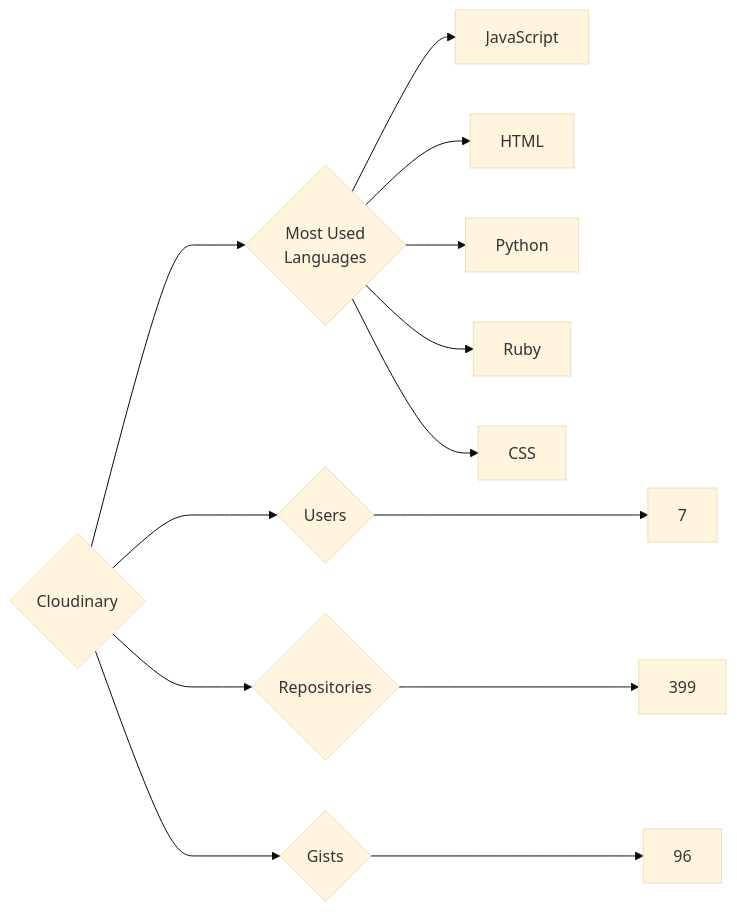
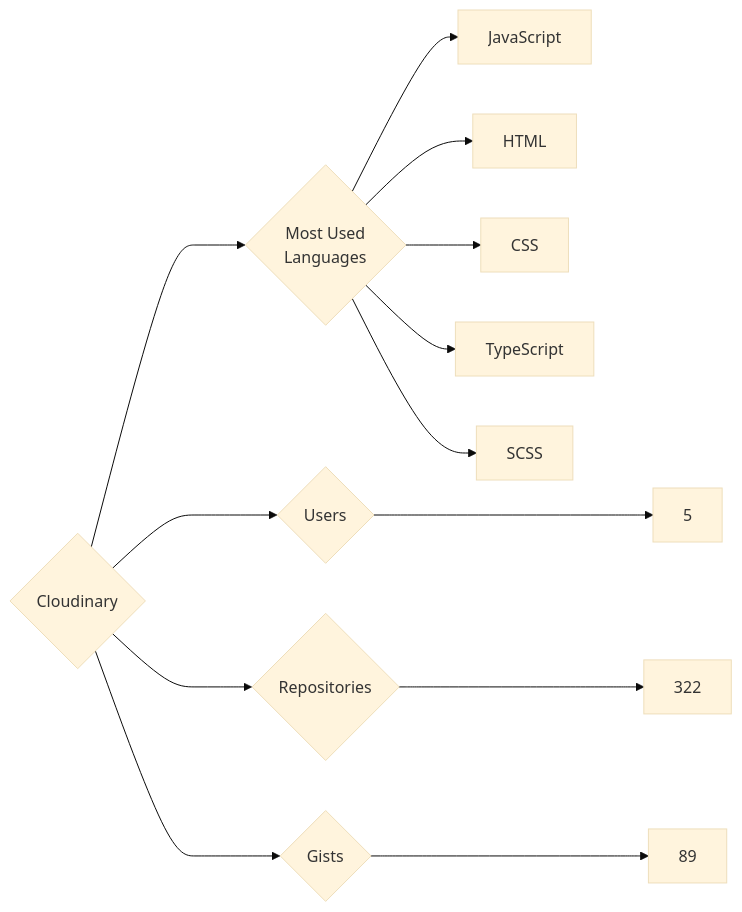
One commit to trickest/insiders changed the diagram in targets/Cloudinary/README.md. Above: the diagram before and after it, drawn with Mermaid (base theme). The commit also changed 985 other files, not shown here.

````diff
--- a/targets/Cloudinary/README.md
+++ b/targets/Cloudinary/README.md
@@ -3,13 +3,13 @@
 ```mermaid
 graph LR
 COMPANY_NAME{Cloudinary}
-COMPANY_NAME ---> U{Users} ---> UN[7]
-COMPANY_NAME ---> R{Repositories} ---> RN[399]
-COMPANY_NAME ---> G{Gists} ---> GN[96]
+COMPANY_NAME ---> U{Users} ---> UN[5]
+COMPANY_NAME ---> R{Repositories} ---> RN[322]
+COMPANY_NAME ---> G{Gists} ---> GN[89]
 COMPANY_NAME ---> ML{Most Used<br>Languages}
 ML --> JavaScript[JavaScript]
 ML --> HTML[HTML]
-ML --> Python[Python]
-ML --> Ruby[Ruby]
 ML --> CSS[CSS]
+ML --> TypeScript[TypeScript]
+ML --> SCSS[SCSS]
 ```
````
